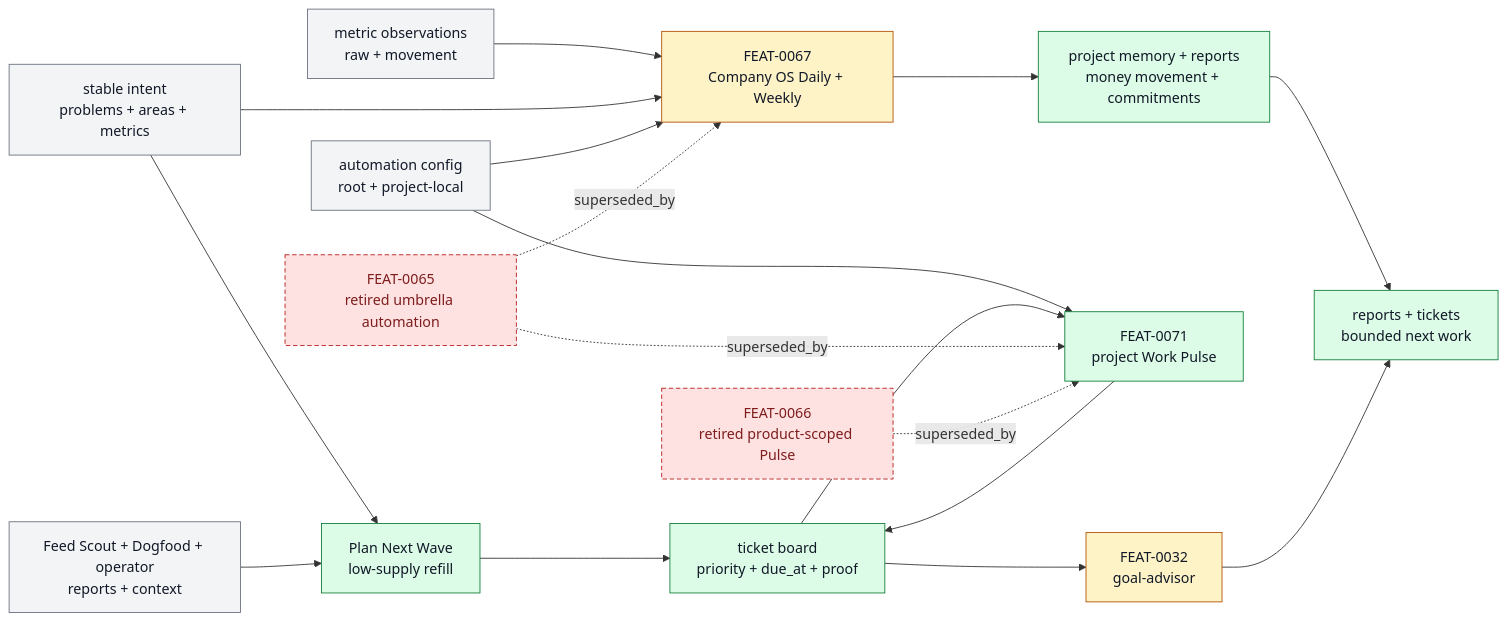
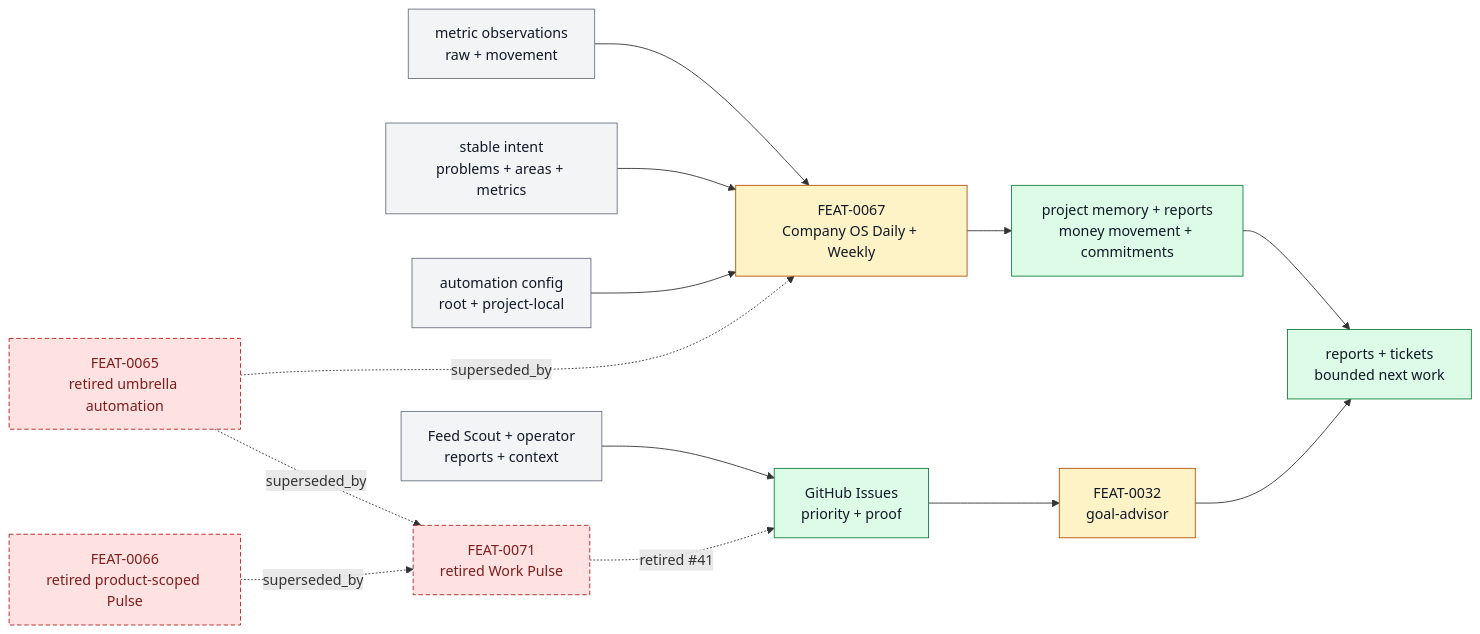
One commit to ZanarkandTechnologies/Farplane changed the diagram in docs/systems/horizon-loop.md. Above: the diagram before and after it, drawn with Mermaid. The commit also changed other lines of this file and 377 other files, not shown here.

````diff
--- a/docs/systems/horizon-loop.md
+++ b/docs/systems/horizon-loop.md
@@ -112,32 +108,30 @@
 ```mermaid
 flowchart LR
   classDef keep fill:#f3f4f6,stroke:#6b7280,color:#111827
   classDef changed fill:#fef3c7,stroke:#b45309,color:#111827
   classDef added fill:#dcfce7,stroke:#15803d,color:#111827
   classDef retired fill:#fee2e2,stroke:#b91c1c,color:#7f1d1d,stroke-dasharray: 5 3
 
   metrics["metric observations<br/>raw + movement"]:::keep
   intent["stable intent<br/>problems + areas + metrics"]:::keep
   automations["automation config<br/>root + project-local"]:::keep
   advisor["FEAT-0032<br/>goal-advisor"]:::changed
-  pulse["FEAT-0071<br/>project Work Pulse"]:::added
+  pulse["FEAT-0071<br/>retired Work Pulse"]:::retired
   companyos["FEAT-0067<br/>Company OS Daily + Weekly"]:::changed
   memory["project memory + reports<br/>money movement + commitments"]:::added
-  sources["Feed Scout + Dogfood + operator<br/>reports + context"]:::keep
+  sources["Feed Scout + operator<br/>reports + context"]:::keep
   old["FEAT-0065<br/>retired umbrella automation"]:::retired
   productPulse["FEAT-0066<br/>retired product-scoped Pulse"]:::retired
-  planner["Plan Next Wave<br/>low-supply refill"]:::added
-  board["ticket board<br/>priority + due_at + proof"]:::added
+  board["GitHub Issues<br/>priority + proof"]:::added
   outputs["reports + tickets<br/>bounded next work"]:::added
 
   metrics --> companyos --> memory --> outputs
   intent --> companyos
-  intent --> planner
-  automations --> pulse --> board
   automations --> companyos
-  sources --> planner --> board --> pulse
+  sources --> board
   board --> advisor --> outputs
   old -. "superseded_by" .-> pulse
   old -. "superseded_by" .-> companyos
   productPulse -. "superseded_by" .-> pulse
+  pulse -. "retired #41" .-> board
 ```
````
